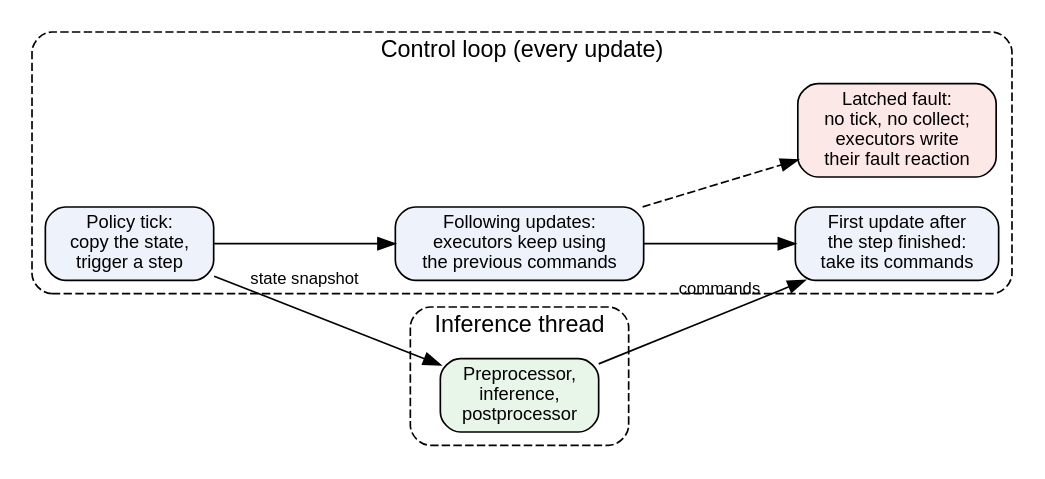
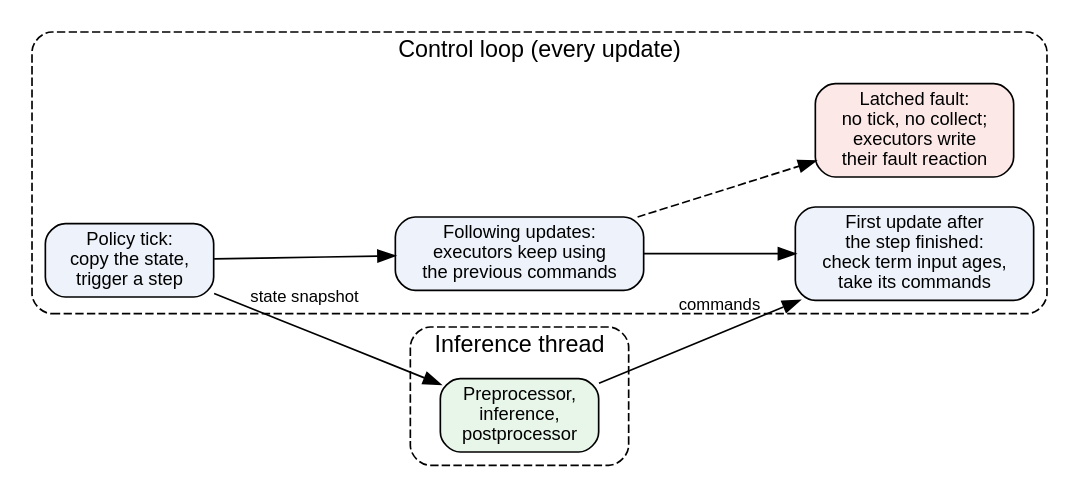
Before and after one commit to saikishor/ros2_policy_framework: the third of 3 diagrams in docs/hosts.rst, drawn with Graphviz. The commit also changed other lines of this file and 1 other file, not shown here.

Commit message:
Show the kinematics update and the term input age check in the cycle diagrams

```diff
--- a/docs/hosts.rst
+++ b/docs/hosts.rst
@@ -141,22 +150,22 @@
 .. graphviz::
 
    digraph async_inference {
      rankdir=LR;
      node [shape=box, style="rounded,filled", fillcolor="#eef3fb", fontname="Helvetica", fontsize=11];
      edge [fontname="Helvetica", fontsize=10];
      subgraph cluster_rt {
        label="Control loop (every update)"; style="rounded,dashed"; fontname="Helvetica";
        tick [label="Policy tick:\ncopy the state,\ntrigger a step"];
        between [label="Following updates:\nexecutors keep using\nthe previous commands"];
-       collect [label="First update after\nthe step finished:\ntake its commands"];
+       collect [label="First update after\nthe step finished:\ncheck term input ages,\ntake its commands"];
        fault [label="Latched fault:\nno tick, no collect;\nexecutors write\ntheir fault reaction", fillcolor="#fde8e8"];
        tick -> between -> collect;
        between -> fault [style=dashed];
      }
      subgraph cluster_thread {
        label="Inference thread"; style="rounded,dashed"; fontname="Helvetica";
        step [label="Preprocessor,\ninference,\npostprocessor", fillcolor="#e8f5e9"];
      }
      tick -> step [label="state snapshot"];
      step -> collect [label="commands"];
    }
```
